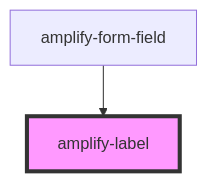
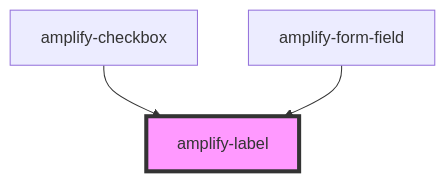
Before and after one commit to OneDev0411/amplify-js: the diagram in packages/amplify-ui-components/src/components/amplify-label/readme.md, drawn with Mermaid. The commit also changed other lines of this file and 14 other files, not shown here.

````diff
--- a/packages/amplify-ui-components/src/components/amplify-label/readme.md
+++ b/packages/amplify-ui-components/src/components/amplify-label/readme.md
@@ -23,5 +24,6 @@
 ```mermaid
 graph TD;
+  amplify-checkbox --> amplify-label
   amplify-form-field --> amplify-label
   style amplify-label fill:#f9f,stroke:#333,stroke-width:4px
 ```
````
